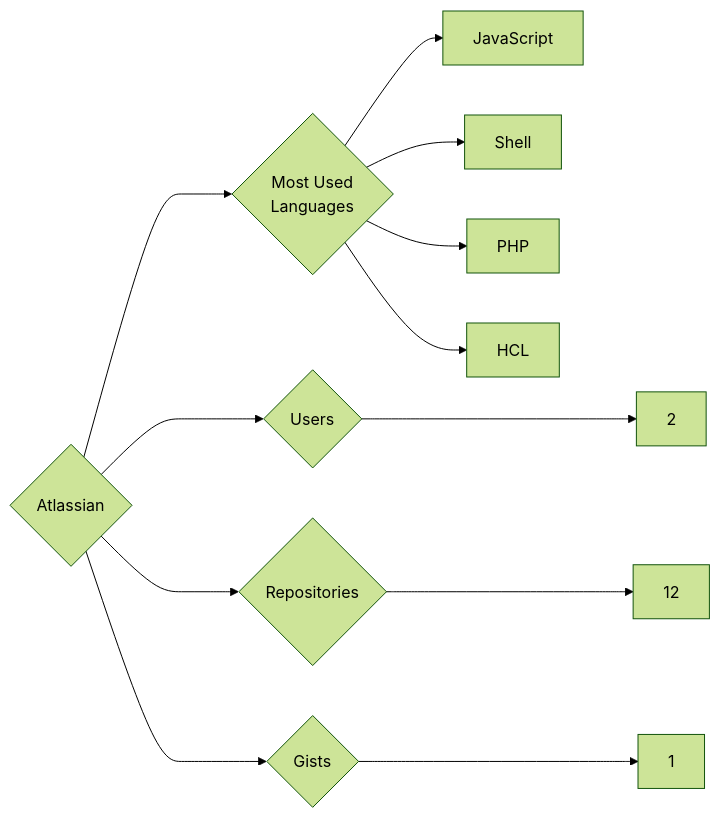
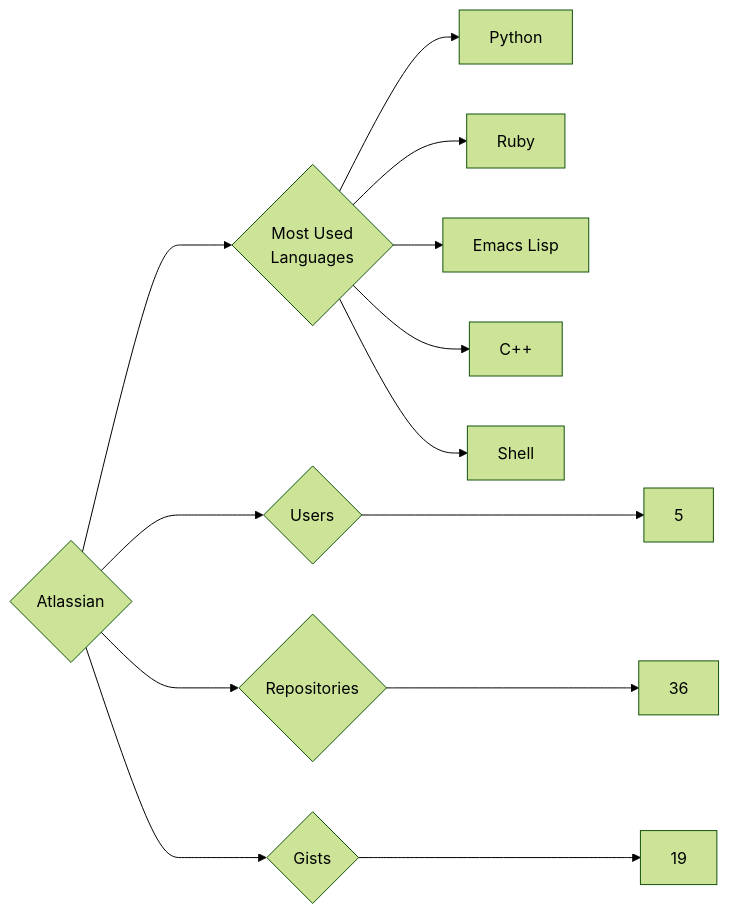
One commit to trickest/insiders changed the diagram in targets/Atlassian/README.md. Above: the diagram before and after it, drawn with Mermaid (forest theme). The commit also changed 1003 other files, not shown here.

````diff
--- a/targets/Atlassian/README.md
+++ b/targets/Atlassian/README.md
@@ -3,12 +3,13 @@
 ```mermaid
 graph LR
 COMPANY_NAME{Atlassian}
-COMPANY_NAME ---> U{Users} ---> UN[2]
-COMPANY_NAME ---> R{Repositories} ---> RN[12]
-COMPANY_NAME ---> G{Gists} ---> GN[1]
+COMPANY_NAME ---> U{Users} ---> UN[5]
+COMPANY_NAME ---> R{Repositories} ---> RN[36]
+COMPANY_NAME ---> G{Gists} ---> GN[19]
 COMPANY_NAME ---> ML{Most Used<br>Languages}
-ML --> JavaScript[JavaScript]
+ML --> Python[Python]
+ML --> Ruby[Ruby]
+ML --> Emacs_Lisp[Emacs Lisp]
+ML --> C++[C++]
 ML --> Shell[Shell]
-ML --> PHP[PHP]
-ML --> HCL[HCL]
 ```
````
